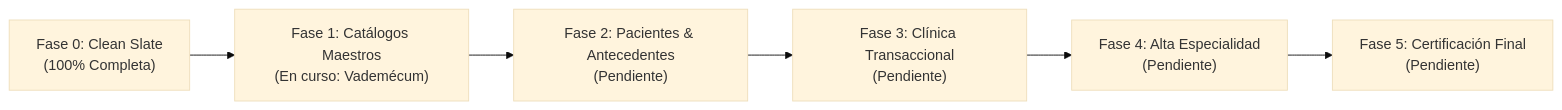
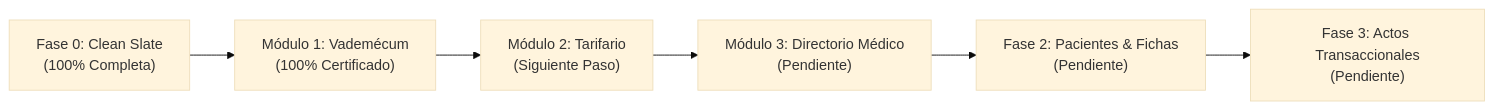
Before and after one commit to VinKE3/cendo-demo: the diagram in docs/PROGRESS.md, drawn with Mermaid (base theme). The commit also changed other lines of this file and 9 other files, not shown here.

Commit message:
feat(vademecum): modular architecture, anti-duplicate validation and 100% certified CRUD

````diff
--- a/docs/PROGRESS.md
+++ b/docs/PROGRESS.md
@@ -23,8 +23,8 @@
 ```mermaid
 flowchart LR
-    Fase0["Fase 0: Clean Slate\n(100% Completa)"] --> Fase1["Fase 1: Catálogos Maestros\n(En curso: Vademécum)"]
-    Fase1 --> Fase2["Fase 2: Pacientes & Antecedentes\n(Pendiente)"]
-    Fase2 --> Fase3["Fase 3: Clínica Transaccional\n(Pendiente)"]
-    Fase3 --> Fase4["Fase 4: Alta Especialidad\n(Pendiente)"]
-    Fase4 --> Fase5["Fase 5: Certificación Final\n(Pendiente)"]
+    Fase0["Fase 0: Clean Slate\n(100% Completa)"] --> Mod1["Módulo 1: Vademécum\n(100% Certificado)"]
+    Mod1 --> Mod2["Módulo 2: Tarifario\n(Siguiente Paso)"]
+    Mod2 --> Mod3["Módulo 3: Directorio Médico\n(Pendiente)"]
+    Mod3 --> Fase2["Fase 2: Pacientes & Fichas\n(Pendiente)"]
+    Fase2 --> Fase3["Fase 3: Actos Transaccionales\n(Pendiente)"]
 ```
````
